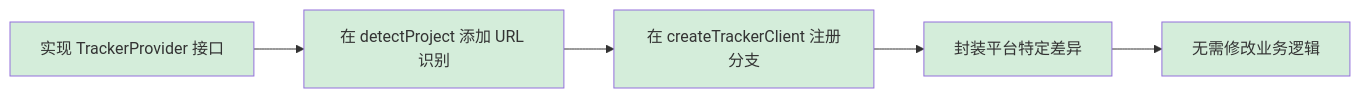
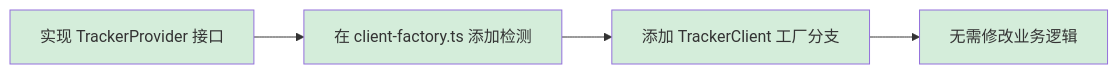
Before and after one commit to easyhaloo/afk: diagram 17 of 17 in docs/ARCHITECTURE_zh.md, drawn with Mermaid. The commit also changed other lines of this file and 1 other file, not shown here.

First line of the commit message:
docs: align ARCHITECTURE docs with actual implementation

````diff
--- a/docs/ARCHITECTURE_zh.md
+++ b/docs/ARCHITECTURE_zh.md
@@ -714,10 +856,9 @@
 ```mermaid
 graph LR
-    A[实现 TrackerProvider 接口] --> B[在 detectProject 添加 URL 识别]
-    B --> C[在 createTrackerClient 注册分支]
-    C --> D[封装平台特定差异]
-    D --> E[无需修改业务逻辑]
+    A[实现 TrackerProvider 接口] --> B[在 client-factory.ts 添加检测]
+    B --> C[添加 TrackerClient 工厂分支]
+    C --> D[无需修改业务逻辑]
 
     classDef new fill:#d4edda
-    class A,B,C,D,E new
+    class A,B,C,D new
 ```
````
